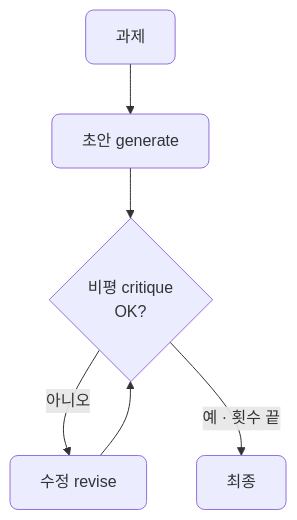
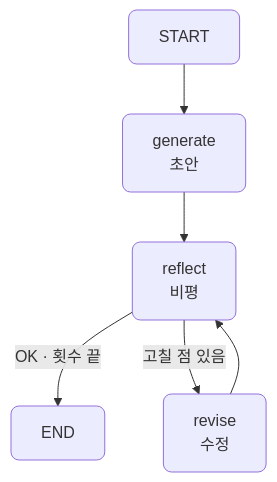
Before and after one commit to CodeCompose7/ai_service_engineering: the third of 3 diagrams in docs/section3/lec07/README.md, drawn with Mermaid. The commit also changed other lines of this file and 5 other files, not shown here.

````diff
--- a/docs/section3/lec07/README.md
+++ b/docs/section3/lec07/README.md
@@ -75,9 +94,9 @@
 ```mermaid
 flowchart TD
-  T["과제"] --> D["초안 generate"]
-  D --> C{"비평 critique<br/>OK?"}
-  C -->|"아니오"| RV["수정 revise"]
-  RV --> C
-  C -->|"예 · 횟수 끝"| E["최종"]
+  S["START"] --> G["generate<br/>초안"]
+  G --> R["reflect<br/>비평"]
+  R -->|"OK · 횟수 끝"| E["END"]
+  R -->|"고칠 점 있음"| RV["revise<br/>수정"]
+  RV --> R
   classDef default rx:8,ry:8;
 ```
````
